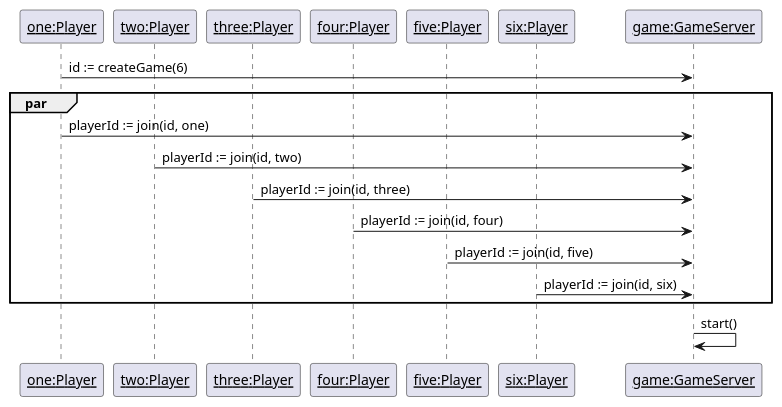
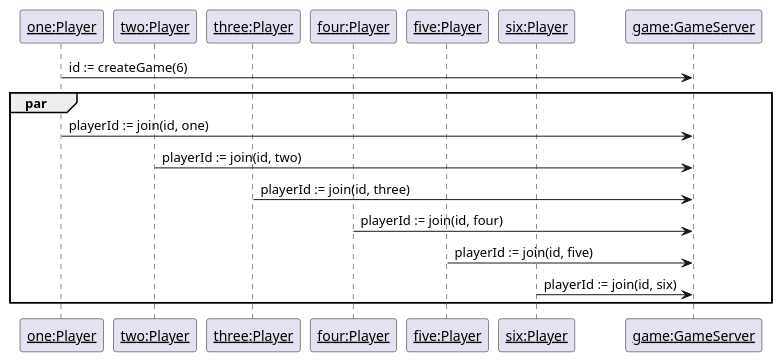
One commit to mdiallogn/Not-Alone changed the first of 2 diagrams in not-alone-doc/src/doc/asciidoc/_sections/composants.adoc. Above: the diagram before and after it, drawn with PlantUML. The commit also changed other lines of this file and 9 other files, not shown here.

```diff
--- a/not-alone-doc/src/doc/asciidoc/_sections/composants.adoc
+++ b/not-alone-doc/src/doc/asciidoc/_sections/composants.adoc
@@ -6,21 +6,20 @@
 [plantuml]
 ....
 participant "__one:Player__" as player1
 participant "__two:Player__" as player2
 participant "__three:Player__" as player3
 participant "__four:Player__" as player4
 participant "__five:Player__" as player5
 participant "__six:Player__" as player6
 participant "__game:GameServer__" as game
 
 player1 -> game : id := createGame(6)
 par
     player1 -> game : playerId := join(id, one)
     player2 -> game : playerId := join(id, two)
     player3 -> game : playerId := join(id, three)
     player4 -> game : playerId := join(id, four)
     player5 -> game : playerId := join(id, five)
     player6 -> game : playerId := join(id, six)
 end
-game -> game : start()
 ....
```
